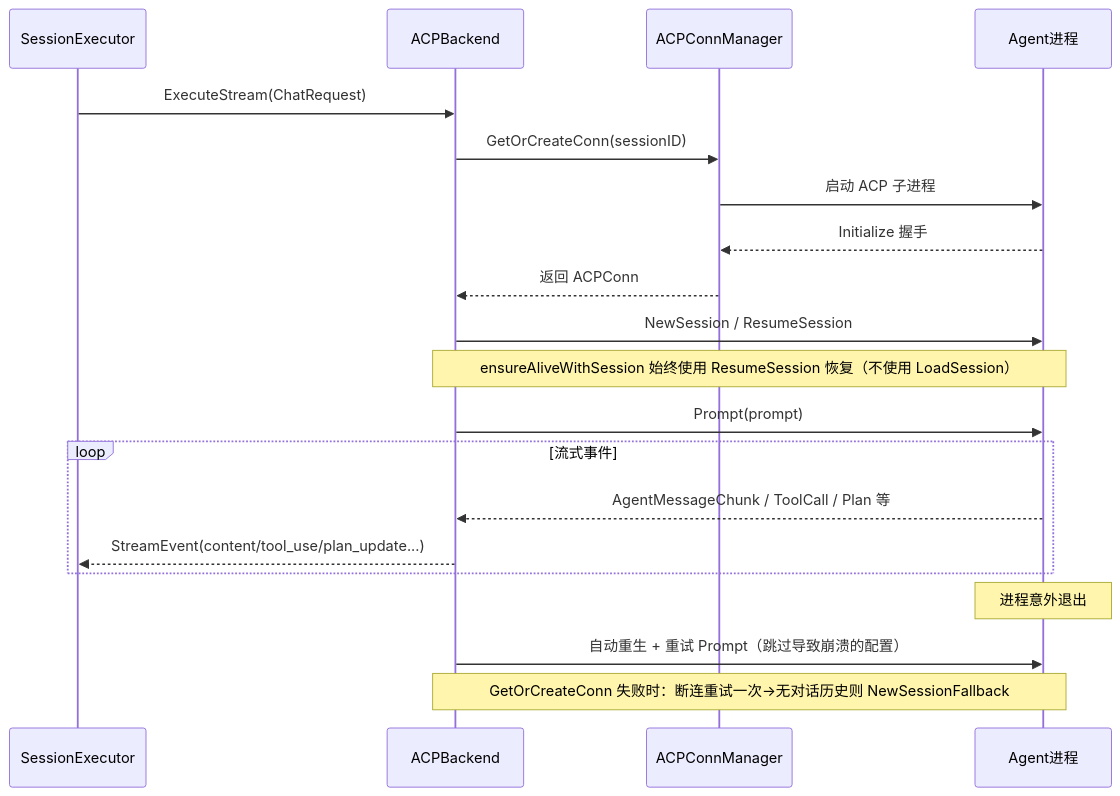
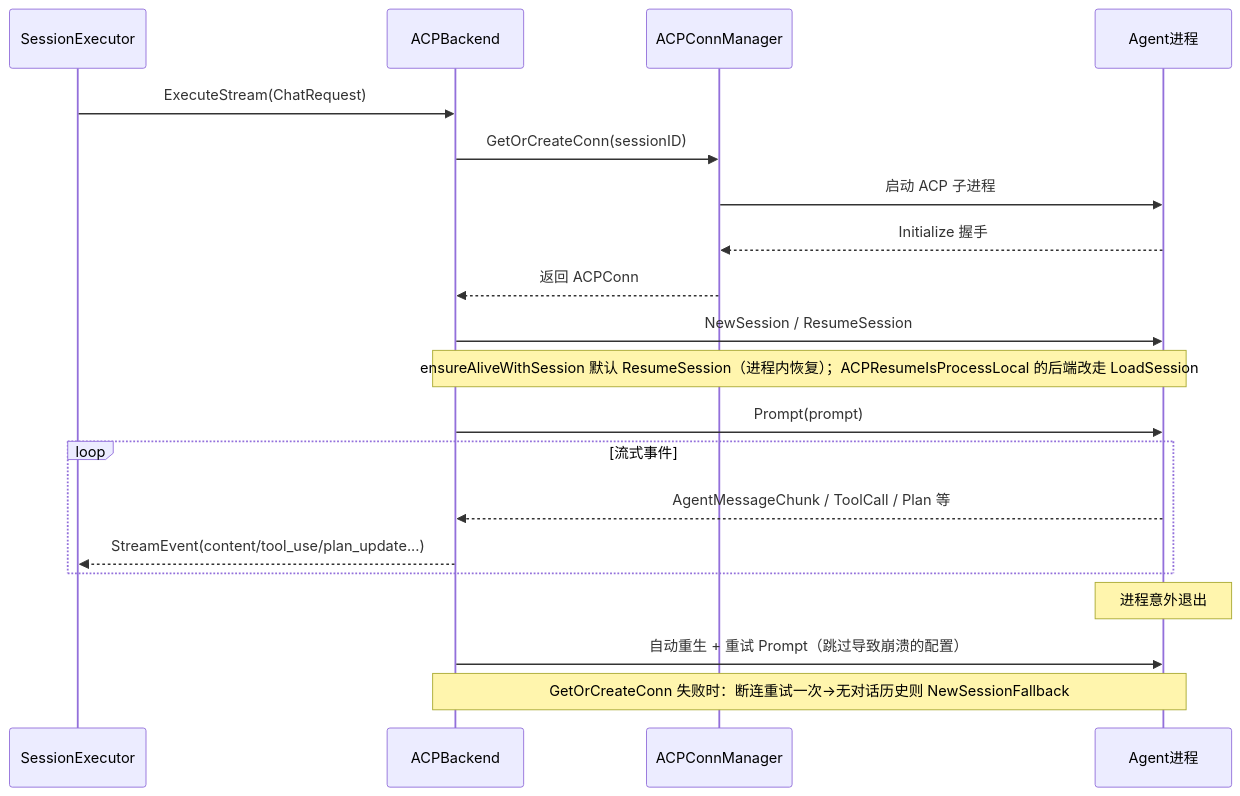
The second of 3 diagrams in docs/spec/core/ai-backend.md (clawbench-dev/clawbench), drawn with Mermaid before and after one commit. The commit also changed other lines of this file and 23 other files, not shown here.

````diff
--- a/docs/spec/core/ai-backend.md
+++ b/docs/spec/core/ai-backend.md
@@ -27,23 +27,23 @@
 ```mermaid
 sequenceDiagram
     participant SessionExecutor
     participant ACPBackend
     participant ACPConnManager
     participant Agent进程
 
     SessionExecutor->>ACPBackend: ExecuteStream(ChatRequest)
     ACPBackend->>ACPConnManager: GetOrCreateConn(sessionID)
     ACPConnManager->>Agent进程: 启动 ACP 子进程
     Agent进程-->>ACPConnManager: Initialize 握手
     ACPConnManager-->>ACPBackend: 返回 ACPConn
     ACPBackend->>Agent进程: NewSession / ResumeSession
-    Note over ACPBackend,Agent进程: ensureAliveWithSession 始终使用 ResumeSession 恢复（不使用 LoadSession）
+    Note over ACPBackend,Agent进程: ensureAliveWithSession 默认 ResumeSession（进程内恢复）；ACPResumeIsProcessLocal 的后端改走 LoadSession
     ACPBackend->>Agent进程: Prompt(prompt)
     loop 流式事件
         Agent进程-->>ACPBackend: AgentMessageChunk / ToolCall / Plan 等
         ACPBackend-->>SessionExecutor: StreamEvent(content/tool_use/plan_update...)
     end
     Note over Agent进程: 进程意外退出
     ACPBackend->>Agent进程: 自动重生 + 重试 Prompt（跳过导致崩溃的配置）
     Note over ACPBackend,Agent进程: GetOrCreateConn 失败时：断连重试一次→无对话历史则 NewSessionFallback
 ```
````
